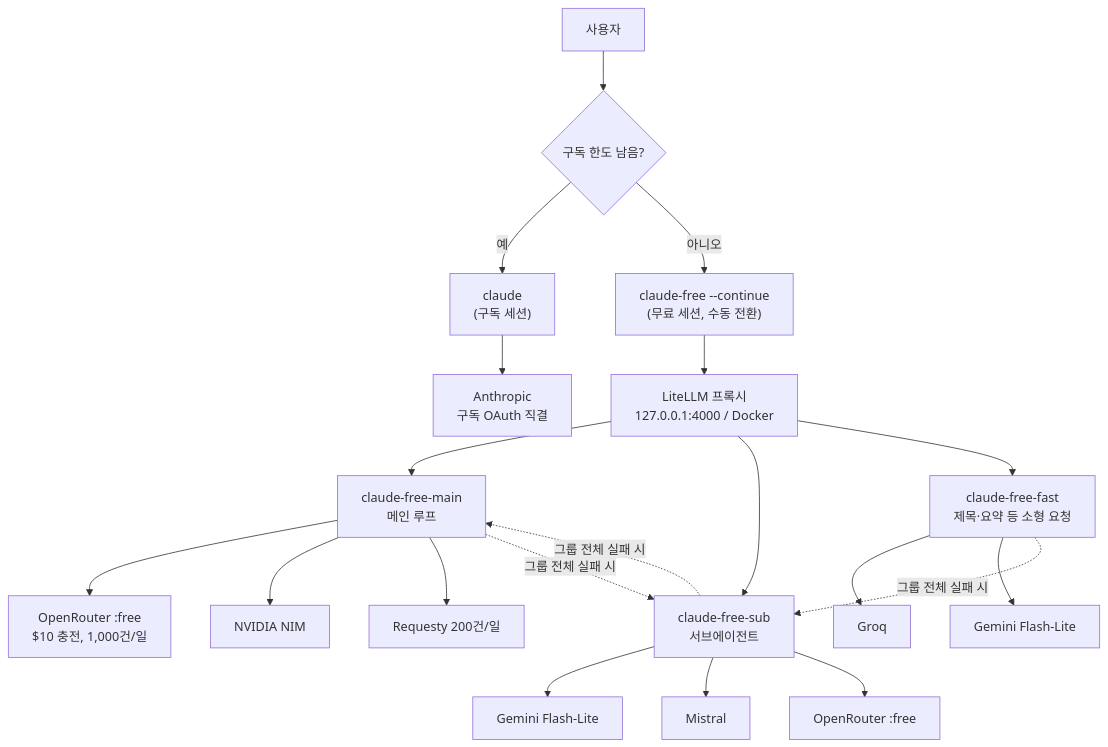
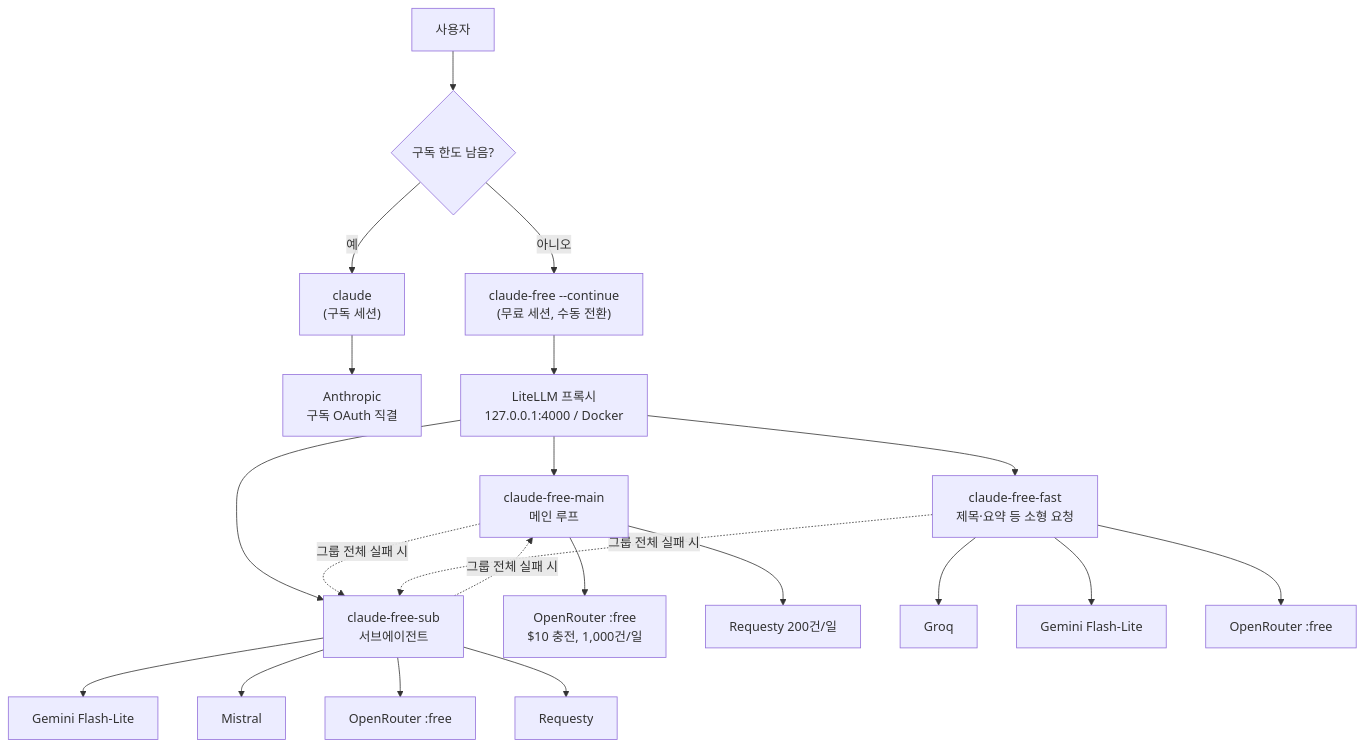
Before and after one commit to LonerStayle/claude-free-settings: the first of 3 diagrams in OVERVIEW.md, drawn with Mermaid. The commit also changed other lines of this file and 5 other files, not shown here.

````diff
--- a/OVERVIEW.md
+++ b/OVERVIEW.md
@@ -11,29 +11,30 @@
 ```mermaid
 flowchart TD
     U["사용자"] --> Q{"구독 한도 남음?"}
 
     Q -- "예" --> C1["claude<br/>(구독 세션)"]
     C1 --> AN["Anthropic<br/>구독 OAuth 직결"]
 
     Q -- "아니오" --> C2["claude-free --continue<br/>(무료 세션, 수동 전환)"]
     C2 --> L["LiteLLM 프록시<br/>127.0.0.1:4000 / Docker"]
 
     L --> M["claude-free-main<br/>메인 루프"]
     L --> S["claude-free-sub<br/>서브에이전트"]
     L --> F["claude-free-fast<br/>제목·요약 등 소형 요청"]
 
     M --> M1["OpenRouter :free<br/>$10 충전, 1,000건/일"]
-    M --> M2["NVIDIA NIM"]
     M --> M3["Requesty 200건/일"]
 
     S --> S1["Gemini Flash-Lite"]
     S --> S2["Mistral"]
     S --> S3["OpenRouter :free"]
+    S --> S4["Requesty"]
 
     F --> F1["Groq"]
     F --> F2["Gemini Flash-Lite"]
+    F --> F3["OpenRouter :free"]
 
     M -. "그룹 전체 실패 시" .-> S
     S -. "그룹 전체 실패 시" .-> M
     F -. "그룹 전체 실패 시" .-> S
 ```
````
